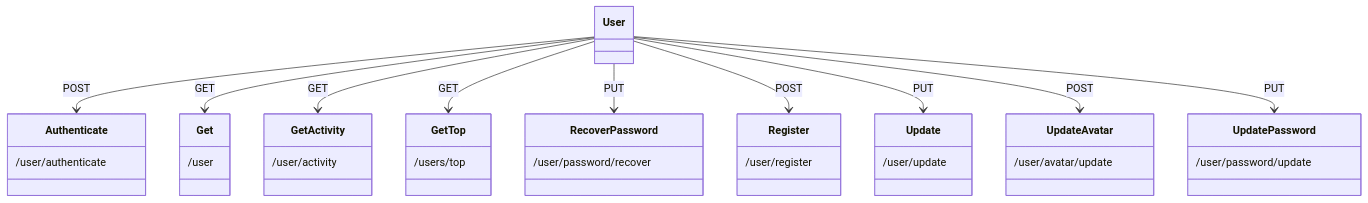
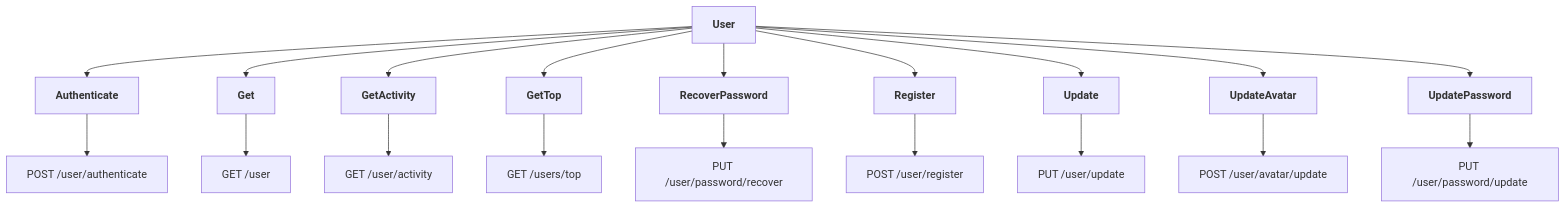
One commit to Karmello/ask-the-world-api changed the second of 2 diagrams in README.md. Above: the diagram before and after it, drawn with Mermaid. The commit also changed other lines of this file, not shown here.

````diff
--- a/README.md
+++ b/README.md
@@ -23,21 +16,12 @@
 ```mermaid
-classDiagram
-User --> Authenticate : POST
-User --> Get: GET
-User --> GetActivity : GET
-User --> GetTop : GET
-User --> RecoverPassword : PUT
-User --> Register: POST
-User --> Update: PUT
-User --> UpdateAvatar: POST
-User --> UpdatePassword: PUT
-Authenticate: /user/authenticate
-Get: /user
-GetActivity: /user/activity
-GetTop: /users/top
-RecoverPassword: /user/password/recover
-Register: /user/register
-Update: /user/update
-UpdateAvatar: /user/avatar/update
-UpdatePassword: /user/password/update
+flowchart
+ROOT[<b>User</b>] --> A1[<b>Authenticate</b>] --> A2[POST /user/authenticate]
+ROOT --> B1[<b>Get</b>] --> B2[GET /user]
+ROOT --> C1[<b>GetActivity</b>] --> C2[GET /user/activity]
+ROOT --> D1[<b>GetTop</b>] --> D2[GET /users/top]
+ROOT --> E1[<b>RecoverPassword</b>] --> E2[PUT /user/password/recover]
+ROOT --> F1[<b>Register</b>] --> F2[POST /user/register]
+ROOT --> G1[<b>Update</b>] --> G2[PUT /user/update]
+ROOT --> H1[<b>UpdateAvatar</b>] --> H2[POST /user/avatar/update]
+ROOT --> I1[<b>UpdatePassword</b>] --> I2[PUT /user/password/update]
 ```
````
